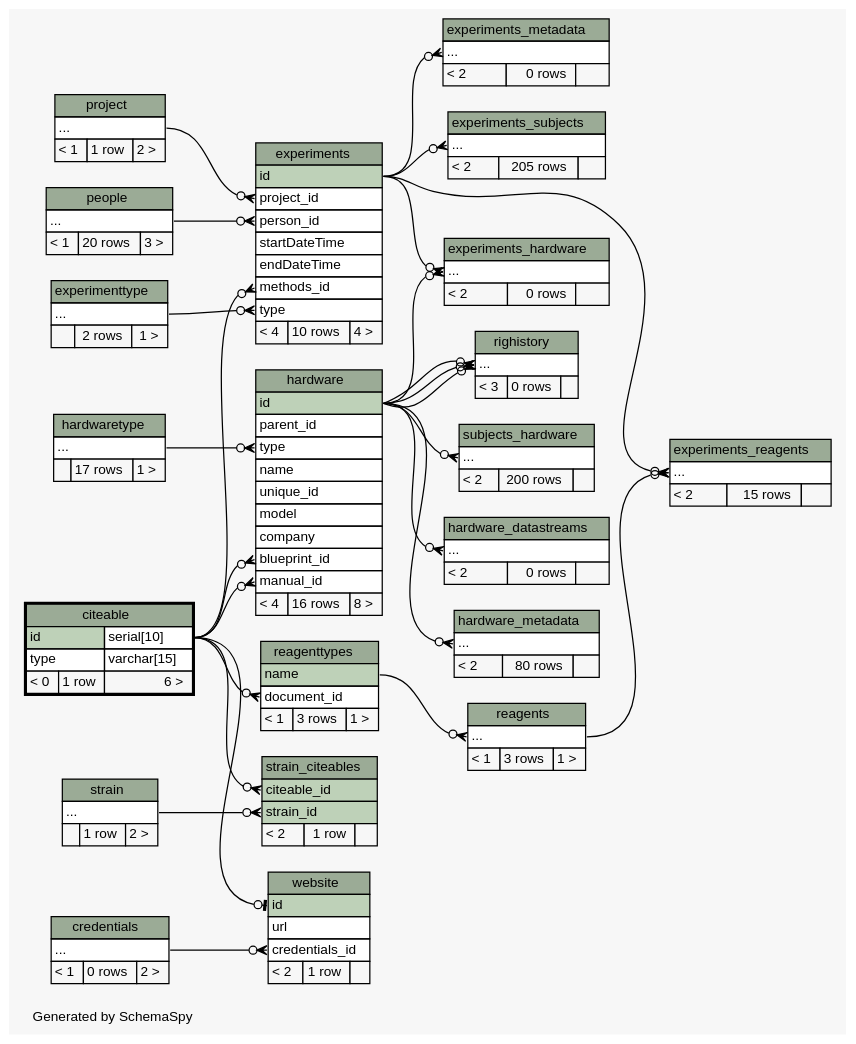
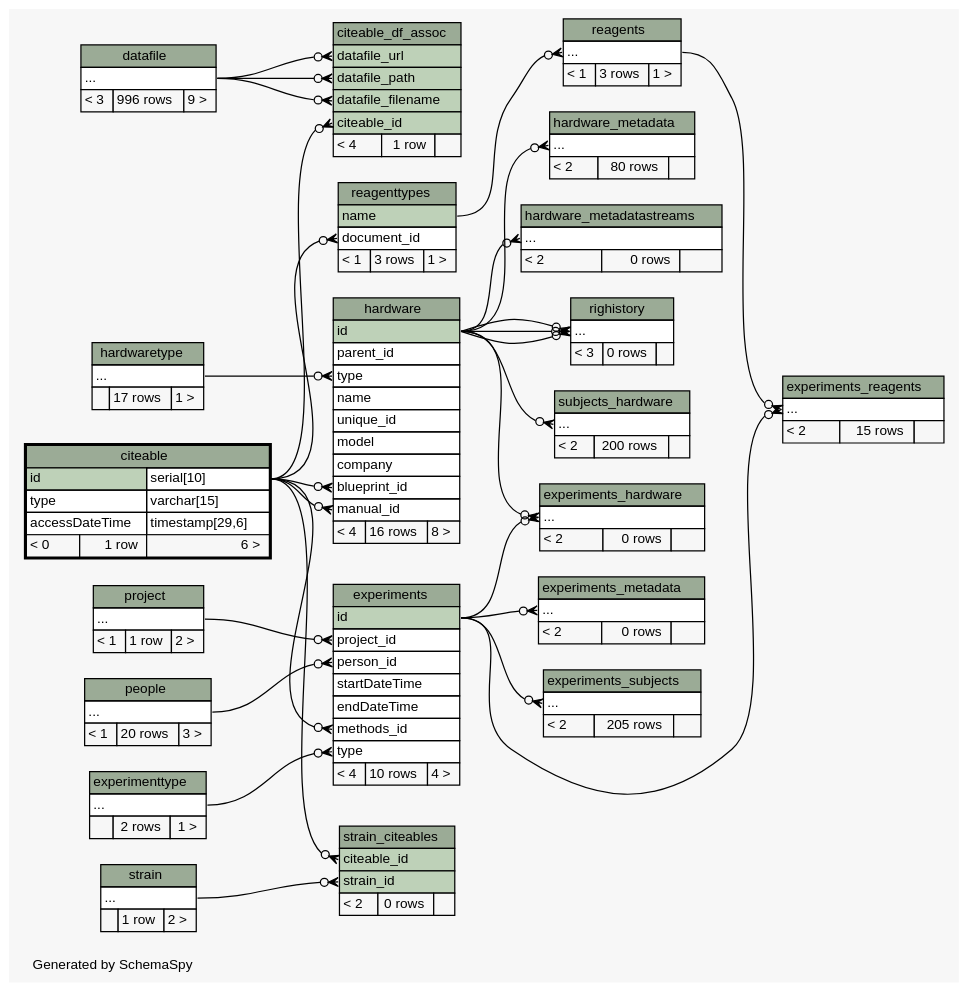
One commit to tgbugs/mlab changed the diagram in database/ss/diagrams/citeable.2degrees.dot. Above: the diagram before and after it, drawn with Graphviz. The commit also changed 185 other files, not shown here.

```diff
--- a/database/ss/diagrams/citeable.2degrees.dot
+++ b/database/ss/diagrams/citeable.2degrees.dot
@@ -19,6 +19,10 @@
   edge [
     arrowsize="0.8"
   ];
+  "citeable_df_assoc":"citeable_id":w -> "citeable":"id.type":e [arrowhead=none dir=back arrowtail=crowodot];
+  "citeable_df_assoc":"datafile_filename":w -> "datafile":"elipses":e [arrowhead=none dir=back arrowtail=crowodot];
+  "citeable_df_assoc":"datafile_path":w -> "datafile":"elipses":e [arrowhead=none dir=back arrowtail=crowodot];
+  "citeable_df_assoc":"datafile_url":w -> "datafile":"elipses":e [arrowhead=none dir=back arrowtail=crowodot];
   "experiments":"methods_id":w -> "citeable":"id.type":e [arrowhead=none dir=back arrowtail=crowodot];
   "experiments":"person_id":w -> "people":"elipses":e [arrowhead=none dir=back arrowtail=crowodot];
   "experiments":"project_id":w -> "project":"elipses":e [arrowhead=none dir=back arrowtail=crowodot];
@@ -32,8 +36,8 @@
   "hardware":"blueprint_id":w -> "citeable":"id.type":e [arrowhead=none dir=back arrowtail=crowodot];
   "hardware":"manual_id":w -> "citeable":"id.type":e [arrowhead=none dir=back arrowtail=crowodot];
   "hardware":"type":w -> "hardwaretype":"elipses":e [arrowhead=none dir=back arrowtail=crowodot];
-  "hardware_datastreams":"elipses":w -> "hardware":"id":e [arrowhead=none dir=back arrowtail=crowodot];
   "hardware_metadata":"elipses":w -> "hardware":"id":e [arrowhead=none dir=back arrowtail=crowodot];
+  "hardware_metadatastreams":"elipses":w -> "hardware":"id":e [arrowhead=none dir=back arrowtail=crowodot];
   "reagents":"elipses":w -> "reagenttypes":"name":e [arrowhead=none dir=back arrowtail=crowodot];
   "reagenttypes":"document_id":w -> "citeable":"id.type":e [arrowhead=none dir=back arrowtail=crowodot];
   "righistory":"elipses":w -> "hardware":"id":e [arrowhead=none dir=back arrowtail=crowodot];
@@ -42,28 +46,40 @@
   "strain_citeables":"citeable_id":w -> "citeable":"id.type":e [arrowhead=none dir=back arrowtail=crowodot];
   "strain_citeables":"strain_id":w -> "strain":"elipses":e [arrowhead=none dir=back arrowtail=crowodot];
   "subjects_hardware":"elipses":w -> "hardware":"id":e [arrowhead=none dir=back arrowtail=crowodot];
-  "website":"credentials_id":w -> "credentials":"elipses":e [arrowhead=none dir=back arrowtail=crowodot];
-  "website":"id":w -> "citeable":"id.type":e [arrowhead=none dir=back arrowtail=teeodot];
   "citeable" [
     label=<
     <TABLE BORDER="2" CELLBORDER="1" CELLSPACING="0" BGCOLOR="#ffffff">
       <TR><TD COLSPAN="3" BGCOLOR="#9bab96" ALIGN="CENTER">citeable</TD></TR>
       <TR><TD PORT="id" COLSPAN="2" BGCOLOR="#bed1b8" ALIGN="LEFT">id</TD><TD PORT="id.type" ALIGN="LEFT">serial[10]</TD></TR>
       <TR><TD PORT="type" COLSPAN="2" ALIGN="LEFT">type</TD><TD PORT="type.type" ALIGN="LEFT">varchar[15]</TD></TR>
+      <TR><TD PORT="accessDateTime" COLSPAN="2" ALIGN="LEFT">accessDateTime</TD><TD PORT="accessDateTime.type" ALIGN="LEFT">timestamp[29,6]</TD></TR>
       <TR><TD ALIGN="LEFT" BGCOLOR="#f7f7f7">&lt; 0</TD><TD ALIGN="RIGHT" BGCOLOR="#f7f7f7">1 row</TD><TD ALIGN="RIGHT" BGCOLOR="#f7f7f7">6 &gt;</TD></TR>
     </TABLE>>
     URL="citeable.html"
     tooltip="citeable"
   ];
-  "credentials" [
+  "citeable_df_assoc" [
     label=<
     <TABLE BORDER="0" CELLBORDER="1" CELLSPACING="0" BGCOLOR="#ffffff">
-      <TR><TD COLSPAN="3" BGCOLOR="#9bab96" ALIGN="CENTER">credentials</TD></TR>
+      <TR><TD COLSPAN="3" BGCOLOR="#9bab96" ALIGN="CENTER">citeable_df_assoc</TD></TR>
+      <TR><TD PORT="datafile_url" COLSPAN="3" BGCOLOR="#bed1b8" ALIGN="LEFT">datafile_url</TD></TR>
+      <TR><TD PORT="datafile_path" COLSPAN="3" BGCOLOR="#bed1b8" ALIGN="LEFT">datafile_path</TD></TR>
+      <TR><TD PORT="datafile_filename" COLSPAN="3" BGCOLOR="#bed1b8" ALIGN="LEFT">datafile_filename</TD></TR>
+      <TR><TD PORT="citeable_id" COLSPAN="3" BGCOLOR="#bed1b8" ALIGN="LEFT">citeable_id</TD></TR>
+      <TR><TD ALIGN="LEFT" BGCOLOR="#f7f7f7">&lt; 4</TD><TD ALIGN="RIGHT" BGCOLOR="#f7f7f7">1 row</TD><TD ALIGN="RIGHT" BGCOLOR="#f7f7f7">  </TD></TR>
+    </TABLE>>
+    URL="citeable_df_assoc.html"
+    tooltip="citeable_df_assoc"
+  ];
+  "datafile" [
+    label=<
+    <TABLE BORDER="0" CELLBORDER="1" CELLSPACING="0" BGCOLOR="#ffffff">
+      <TR><TD COLSPAN="3" BGCOLOR="#9bab96" ALIGN="CENTER">datafile</TD></TR>
       <TR><TD PORT="elipses" COLSPAN="3" ALIGN="LEFT">...</TD></TR>
-      <TR><TD ALIGN="LEFT" BGCOLOR="#f7f7f7">&lt; 1</TD><TD ALIGN="RIGHT" BGCOLOR="#f7f7f7">0 rows</TD><TD ALIGN="RIGHT" BGCOLOR="#f7f7f7">2 &gt;</TD></TR>
+      <TR><TD ALIGN="LEFT" BGCOLOR="#f7f7f7">&lt; 3</TD><TD ALIGN="RIGHT" BGCOLOR="#f7f7f7">996 rows</TD><TD ALIGN="RIGHT" BGCOLOR="#f7f7f7">9 &gt;</TD></TR>
     </TABLE>>
-    URL="credentials.html"
-    tooltip="credentials"
+    URL="datafile.html"
+    tooltip="datafile"
   ];
   "experiments" [
     label=<
@@ -149,16 +165,6 @@
     URL="hardware.html"
     tooltip="hardware"
   ];
-  "hardware_datastreams" [
-    label=<
-    <TABLE BORDER="0" CELLBORDER="1" CELLSPACING="0" BGCOLOR="#ffffff">
-      <TR><TD COLSPAN="3" BGCOLOR="#9bab96" ALIGN="CENTER">hardware_datastreams</TD></TR>
-      <TR><TD PORT="elipses" COLSPAN="3" ALIGN="LEFT">...</TD></TR>
-      <TR><TD ALIGN="LEFT" BGCOLOR="#f7f7f7">&lt; 2</TD><TD ALIGN="RIGHT" BGCOLOR="#f7f7f7">0 rows</TD><TD ALIGN="RIGHT" BGCOLOR="#f7f7f7">  </TD></TR>
-    </TABLE>>
-    URL="hardware_datastreams.html"
-    tooltip="hardware_datastreams"
-  ];
   "hardware_metadata" [
     label=<
     <TABLE BORDER="0" CELLBORDER="1" CELLSPACING="0" BGCOLOR="#ffffff">
@@ -168,6 +174,16 @@
     </TABLE>>
     URL="hardware_metadata.html"
     tooltip="hardware_metadata"
+  ];
+  "hardware_metadatastreams" [
+    label=<
+    <TABLE BORDER="0" CELLBORDER="1" CELLSPACING="0" BGCOLOR="#ffffff">
+      <TR><TD COLSPAN="3" BGCOLOR="#9bab96" ALIGN="CENTER">hardware_metadatastreams</TD></TR>
+      <TR><TD PORT="elipses" COLSPAN="3" ALIGN="LEFT">...</TD></TR>
+      <TR><TD ALIGN="LEFT" BGCOLOR="#f7f7f7">&lt; 2</TD><TD ALIGN="RIGHT" BGCOLOR="#f7f7f7">0 rows</TD><TD ALIGN="RIGHT" BGCOLOR="#f7f7f7">  </TD></TR>
+    </TABLE>>
+    URL="hardware_metadatastreams.html"
+    tooltip="hardware_metadatastreams"
   ];
   "hardwaretype" [
     label=<
@@ -246,7 +262,7 @@
       <TR><TD COLSPAN="3" BGCOLOR="#9bab96" ALIGN="CENTER">strain_citeables</TD></TR>
       <TR><TD PORT="citeable_id" COLSPAN="3" BGCOLOR="#bed1b8" ALIGN="LEFT">citeable_id</TD></TR>
       <TR><TD PORT="strain_id" COLSPAN="3" BGCOLOR="#bed1b8" ALIGN="LEFT">strain_id</TD></TR>
-      <TR><TD ALIGN="LEFT" BGCOLOR="#f7f7f7">&lt; 2</TD><TD ALIGN="RIGHT" BGCOLOR="#f7f7f7">1 row</TD><TD ALIGN="RIGHT" BGCOLOR="#f7f7f7">  </TD></TR>
+      <TR><TD ALIGN="LEFT" BGCOLOR="#f7f7f7">&lt; 2</TD><TD ALIGN="RIGHT" BGCOLOR="#f7f7f7">0 rows</TD><TD ALIGN="RIGHT" BGCOLOR="#f7f7f7">  </TD></TR>
     </TABLE>>
     URL="strain_citeables.html"
     tooltip="strain_citeables"
@@ -261,16 +277,4 @@
     URL="subjects_hardware.html"
     tooltip="subjects_hardware"
   ];
-  "website" [
-    label=<
-    <TABLE BORDER="0" CELLBORDER="1" CELLSPACING="0" BGCOLOR="#ffffff">
-      <TR><TD COLSPAN="3" BGCOLOR="#9bab96" ALIGN="CENTER">website</TD></TR>
-      <TR><TD PORT="id" COLSPAN="3" BGCOLOR="#bed1b8" ALIGN="LEFT">id</TD></TR>
-      <TR><TD PORT="url" COLSPAN="3" ALIGN="LEFT">url</TD></TR>
-      <TR><TD PORT="credentials_id" COLSPAN="3" ALIGN="LEFT">credentials_id</TD></TR>
-      <TR><TD ALIGN="LEFT" BGCOLOR="#f7f7f7">&lt; 2</TD><TD ALIGN="RIGHT" BGCOLOR="#f7f7f7">1 row</TD><TD ALIGN="RIGHT" BGCOLOR="#f7f7f7">  </TD></TR>
-    </TABLE>>
-    URL="website.html"
-    tooltip="website"
-  ];
 }
```
